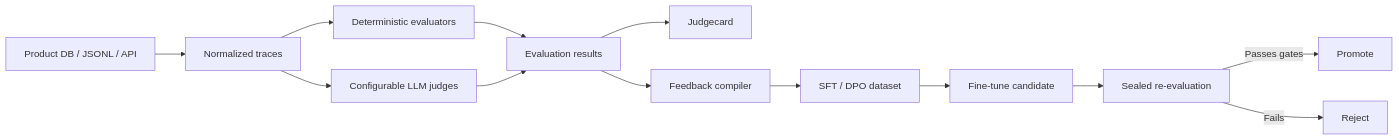
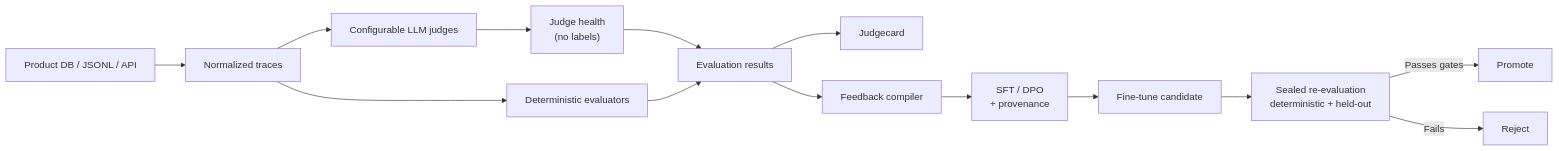
The diagram in README.md (shrirang3/evalLoop), drawn with Mermaid before and after one commit. The commit also changed other lines of this file and 3 other files, not shown here.

````diff
--- a/README.md
+++ b/README.md
@@ -16,18 +45,20 @@
 ```mermaid
 flowchart LR
     A["Product DB / JSONL / API"] --> B["Normalized traces"]
     B --> C["Deterministic evaluators"]
     B --> D["Configurable LLM judges"]
-    C --> E["Evaluation results"]
-    D --> E
+
+    D --> H["Judge health<br/>(no labels)"]
+    H --> E["Evaluation results"]
+    C --> E
 
     E --> F["Judgecard"]
     E --> G["Feedback compiler"]
 
-    G --> H["SFT / DPO dataset"]
-    H --> I["Fine-tune candidate"]
-    I --> J["Sealed re-evaluation"]
+    G --> I["SFT / DPO<br/>+ provenance"]
+    I --> J["Fine-tune candidate"]
+    J --> K["Sealed re-evaluation<br/>deterministic + held-out"]
 
-    J -->|"Passes gates"| K["Promote"]
-    J -->|"Fails"| L["Reject"]
+    K -->|"Passes gates"| L["Promote"]
+    K -->|"Fails"| M["Reject"]
 ```
````
